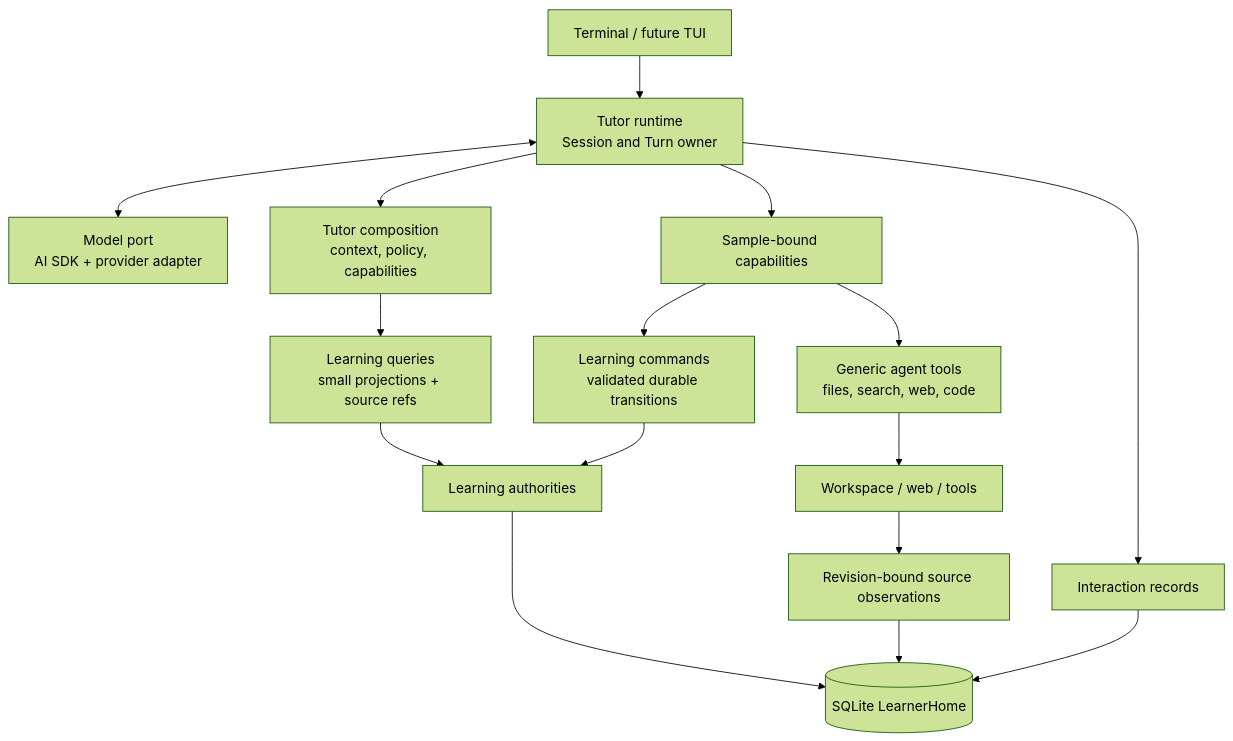
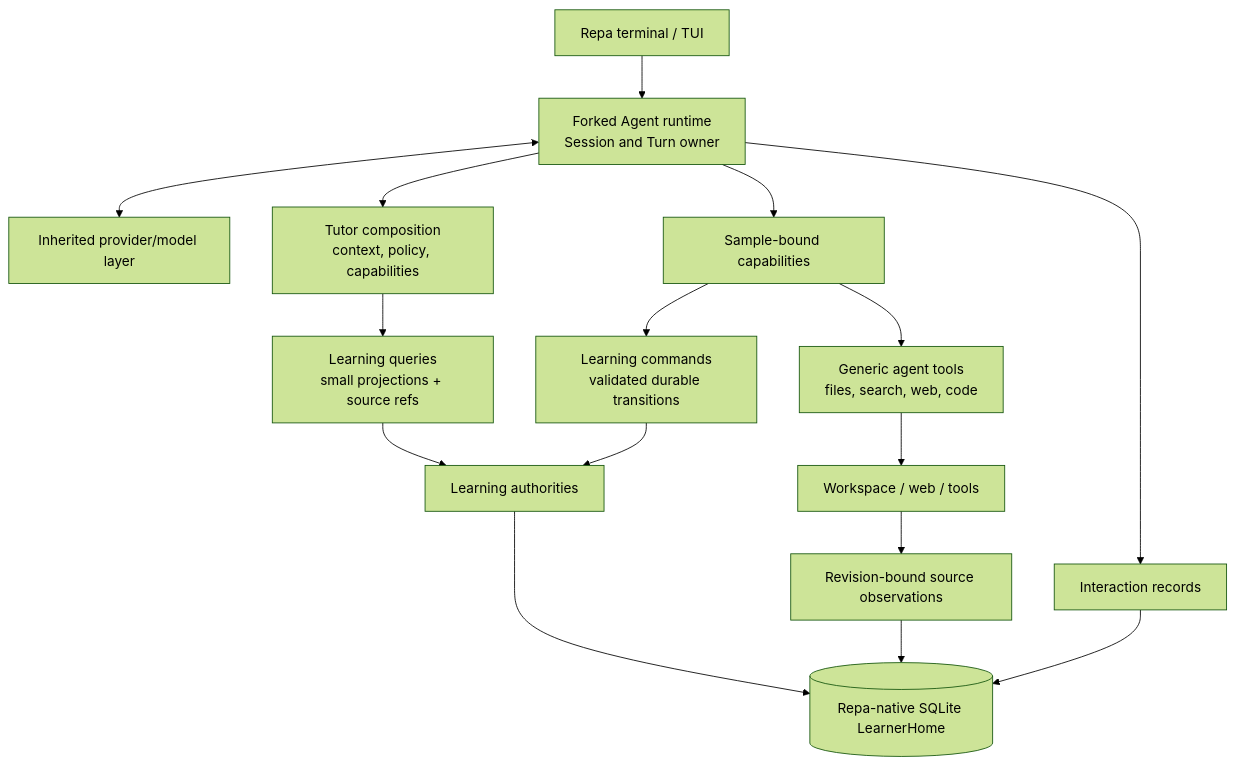
One commit to Utopia-V/repa changed the diagram in docs/architecture/00-system-architecture.md. Above: the diagram before and after it, drawn with Mermaid (forest theme). The commit also changed other lines of this file and 20 other files, not shown here.

````diff
--- a/docs/architecture/00-system-architecture.md
+++ b/docs/architecture/00-system-architecture.md
@@ -149,20 +152,20 @@
 ```mermaid
 flowchart TB
-  UI["Terminal / future TUI"] --> RT["Tutor runtime\nSession and Turn owner"]
-  RT <--> MODEL["Model port\nAI SDK + provider adapter"]
+  UI["Repa terminal / TUI"] --> RT["Forked Agent runtime\nSession and Turn owner"]
+  RT <--> MODEL["Inherited provider/model layer"]
   RT --> COMPOSE["Tutor composition\ncontext, policy, capabilities"]
   COMPOSE --> Q["Learning queries\nsmall projections + source refs"]
   RT --> CAPS["Sample-bound capabilities"]
   CAPS --> CMD["Learning commands\nvalidated durable transitions"]
   CAPS --> AGENTTOOLS["Generic agent tools\nfiles, search, web, code"]
 
   Q --> AUTH["Learning authorities"]
   CMD --> AUTH
-  AUTH --> DB[("SQLite LearnerHome")]
+  AUTH --> DB[("Repa-native SQLite LearnerHome")]
   RT --> INTERACTION["Interaction records"]
   INTERACTION --> DB
 
   AGENTTOOLS --> SOURCES["Workspace / web / tools"]
   SOURCES --> OBS["Revision-bound source observations"]
   OBS --> DB
 ```
````
